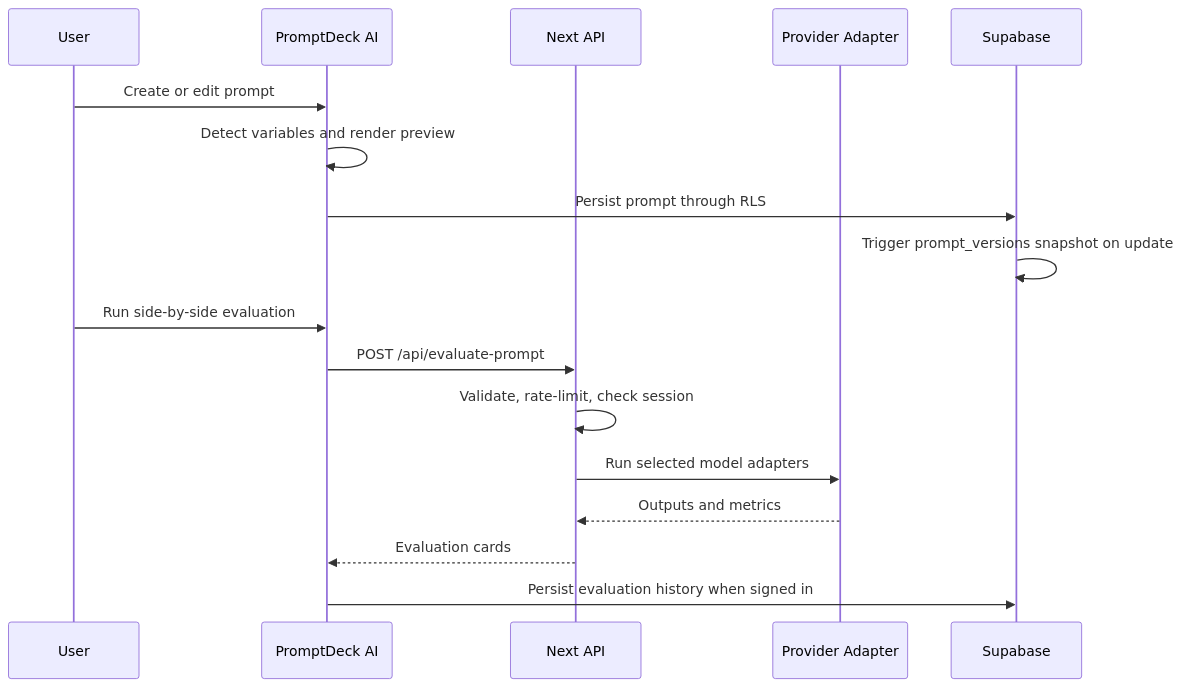
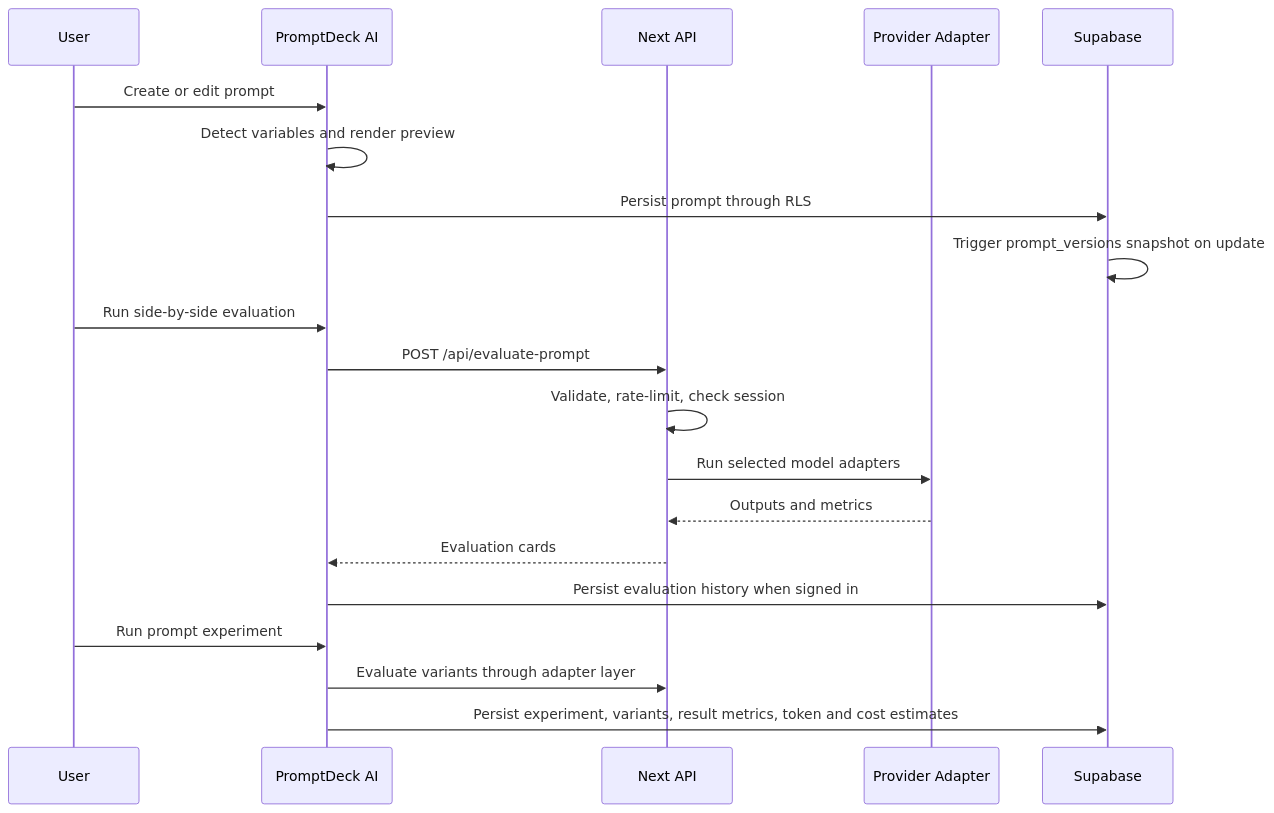
The second of 4 diagrams in docs/ARCHITECTURE.md (obone410/AI-Prompt-Management-Platform), drawn with Mermaid before and after one commit. The commit also changed other lines of this file and 15 other files, not shown here.

````diff
--- a/docs/ARCHITECTURE.md
+++ b/docs/ARCHITECTURE.md
@@ -36,20 +37,23 @@
 ```mermaid
 sequenceDiagram
   participant User
   participant UI as PromptDeck AI
   participant API as Next API
   participant AI as Provider Adapter
   participant DB as Supabase
 
   User->>UI: Create or edit prompt
   UI->>UI: Detect variables and render preview
   UI->>DB: Persist prompt through RLS
   DB->>DB: Trigger prompt_versions snapshot on update
   User->>UI: Run side-by-side evaluation
   UI->>API: POST /api/evaluate-prompt
   API->>API: Validate, rate-limit, check session
   API->>AI: Run selected model adapters
   AI-->>API: Outputs and metrics
   API-->>UI: Evaluation cards
   UI->>DB: Persist evaluation history when signed in
+  User->>UI: Run prompt experiment
+  UI->>API: Evaluate variants through adapter layer
+  UI->>DB: Persist experiment, variants, result metrics, token and cost estimates
 ```
````
